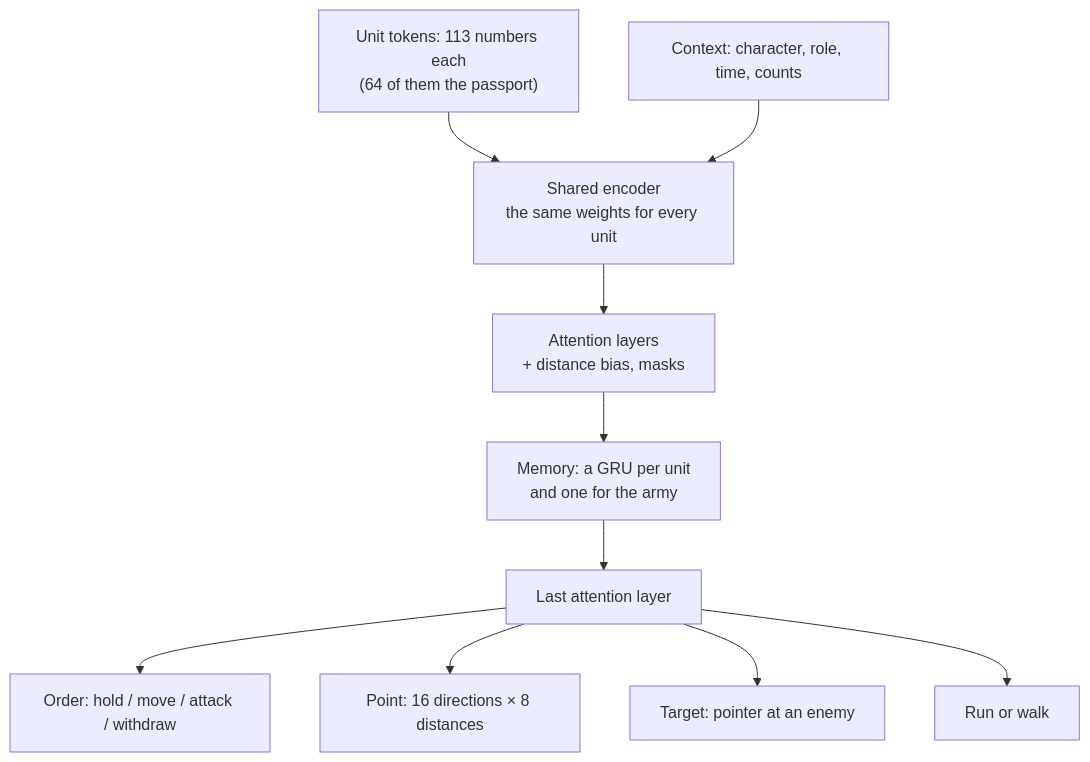
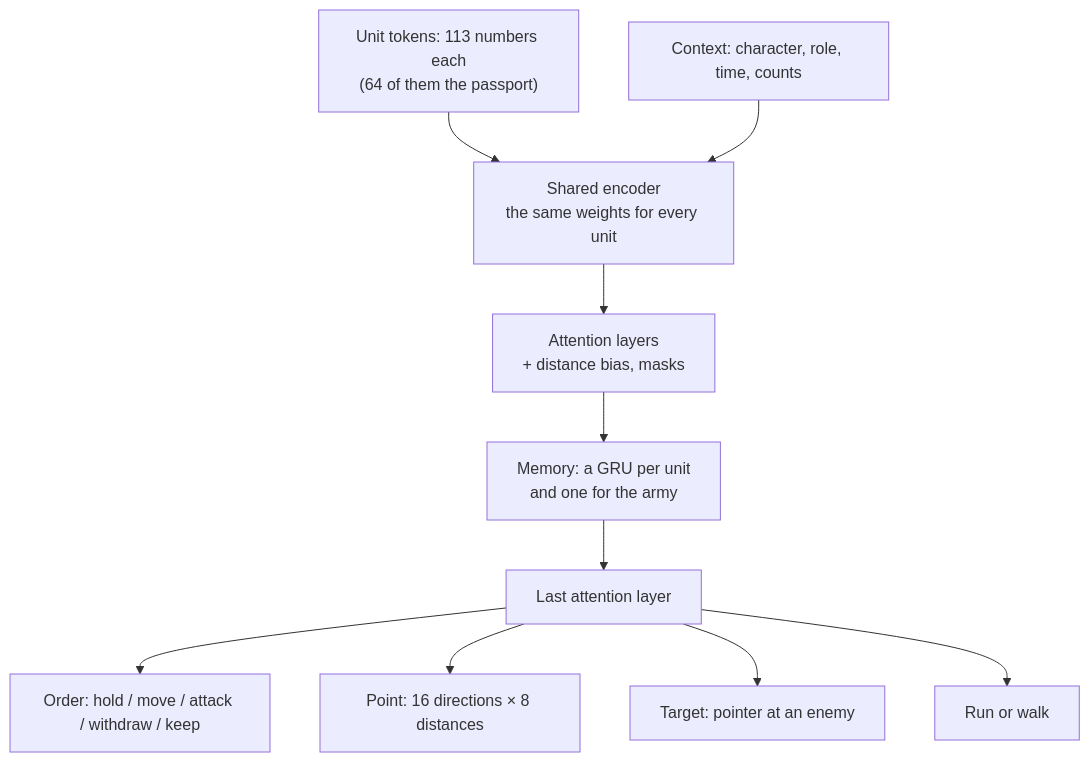
One commit to DimaZero7/TWW3-batle-ai changed the second of 2 diagrams in docs/en/training/model.md. Above: the diagram before and after it, drawn with Mermaid. The commit also changed other lines of this file and 73 other files, not shown here.

First line of the commit message:
Training loop, in-game bridge, keep order; snapshot of work in progress

````diff
--- a/docs/en/training/model.md
+++ b/docs/en/training/model.md
@@ -81,12 +81,12 @@
 ```mermaid
 flowchart TB
   tok["Unit tokens: 113 numbers each<br/>(64 of them the passport)"] --> enc["Shared encoder<br/>the same weights for every unit"]
   ctx["Context: character, role, time, counts"] --> enc
   enc --> att["Attention layers<br/>+ distance bias, masks"]
   att --> gru["Memory: a GRU per unit<br/>and one for the army"]
   gru --> last["Last attention layer"]
-  last --> kind["Order: hold / move / attack / withdraw"]
+  last --> kind["Order: hold / move / attack / withdraw / keep"]
   last --> point["Point: 16 directions × 8 distances"]
   last --> ptr["Target: pointer at an enemy"]
   last --> run["Run or walk"]
 ```
````
